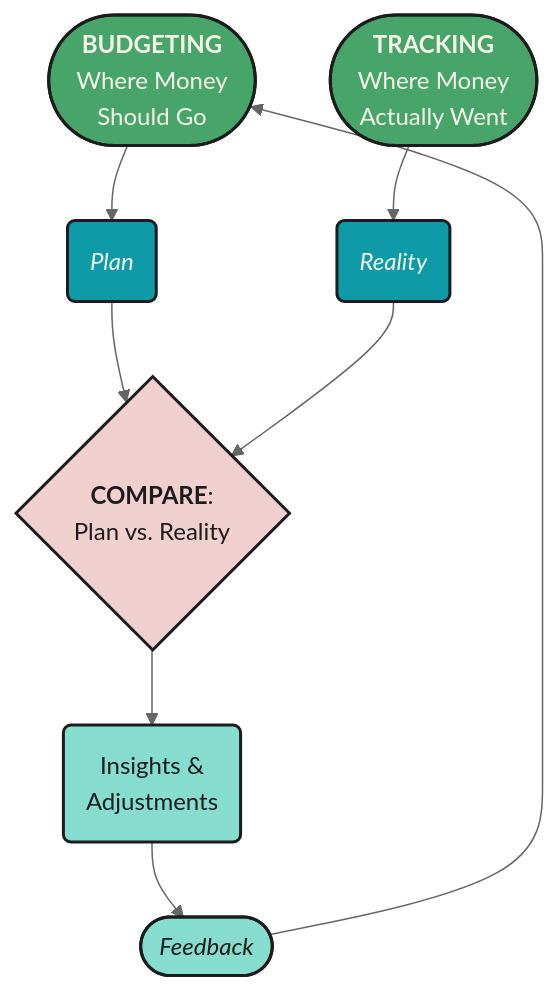
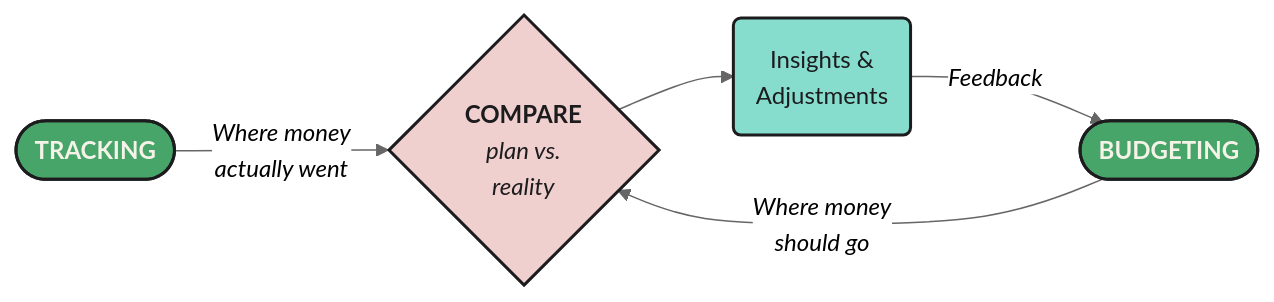
The first of 2 diagrams in tracking_spending.qmd (mjfrigaard/fm-finance), drawn with Mermaid before and after one commit. The commit also changed other lines of this file, not shown here.

Commit message:
updates to tracking spending

````diff
--- a/tracking_spending.qmd
+++ b/tracking_spending.qmd
@@ -44,24 +44,18 @@
 ```{mermaid}
 %%| fig-cap: 'Budget Mindset'
 %%| fig-align: center
 %%{init: {'theme': 'neutral', 'themeVariables': { 'fontFamily': 'monospace', "fontSize":"16px"}}}%%
 
-flowchart TD
-    Budgeting(["<strong>BUDGETING</strong><br/>Where Money<br>Should Go"]) --> Plan("<em>Plan</em>")
-    Tracking(["<strong>TRACKING</strong><br/>Where Money<br>Actually Went"]) --> Reality("<em>Reality</em>")
-
-    Plan --> Compare{"<strong>COMPARE</strong>:<br/>Plan vs. Reality"}
-    Reality --> Compare
+flowchart LR
+    Tracking(["<strong>TRACKING</strong>"]) --"<em>Where money<br>actually went</em>"--> Compare{"<strong>COMPARE</strong><br/><em>plan vs.<br>reality</em>"}
+    Budgeting(["<strong>BUDGETING</strong>"]) --"<em>Where money<br>should go</em>"--> Compare
+    
 
     Compare --> Insights("Insights &<br>Adjustments")
-    Insights --> FeedbackLoop(["<em>Feedback</em>"])
-    FeedbackLoop --> Budgeting
+    Insights --"<em>Feedback</em>"--> Budgeting 
+    
     style Budgeting fill:#48a56a,color:#F5F2E8,stroke:#1C1C1E,stroke-width:2px
     style Tracking fill:#48a56a,color:#F5F2E8,stroke:#1C1C1E,stroke-width:2px
-    style Plan fill:#0e9aa7,color:#F5F2E8,stroke:#1C1C1E,stroke-width:2px
-    style Reality fill:#0e9aa7,color:#F5F2E8,stroke:#1C1C1E,stroke-width:2px
     style Compare fill:#f0cfcf,color:#1C1C1E,stroke:#1C1C1E,stroke-width:2px
     style Insights fill:#86ddcd,color:#1C1C1E,stroke:#1C1C1E,stroke-width:2px
-    style FeedbackLoop fill:#86ddcd,color:#1C1C1E,stroke:#1C1C1E,stroke-width:2px
-    
 ```
````
